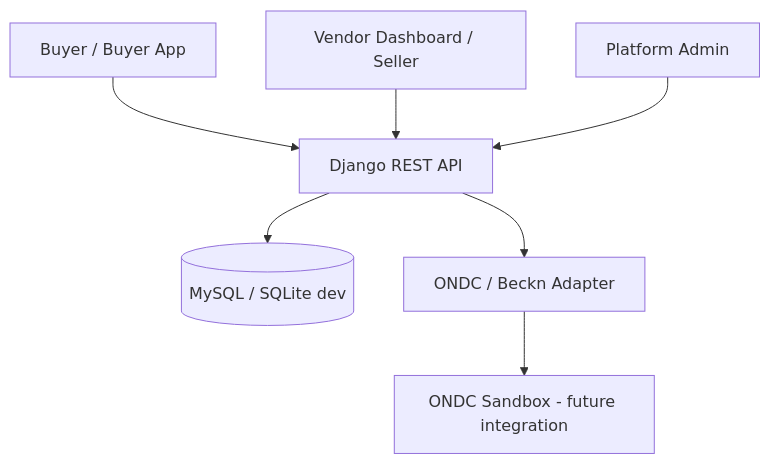
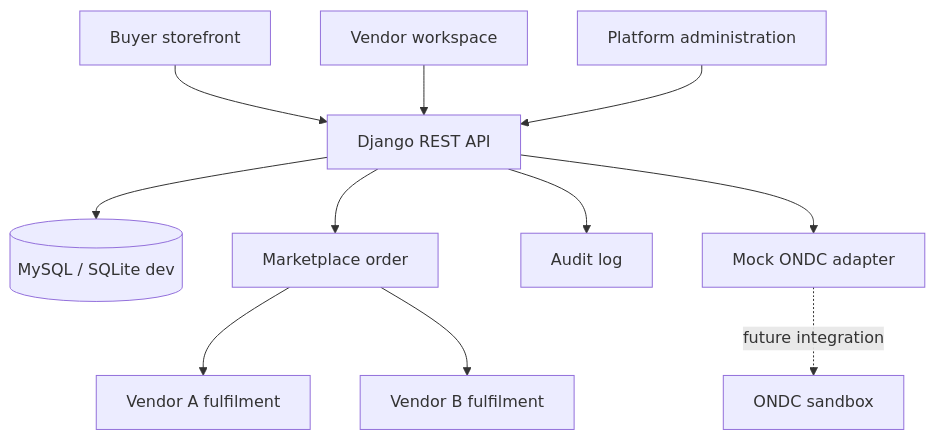
One commit to Mohammadiliyas/ondc-multivendor-platform changed the diagram in docs/architecture.md. Above: the diagram before and after it, drawn with Mermaid. The commit also changed other lines of this file, not shown here.

Commit message:
Document split vendor fulfillment architecture and security boundaries

````diff
--- a/docs/architecture.md
+++ b/docs/architecture.md
@@ -3,9 +5,13 @@
 ```mermaid
 flowchart TD
-  Buyer[Buyer / Buyer App] --> API[Django REST API]
-  Vendor[Vendor Dashboard / Seller] --> API
-  Admin[Platform Admin] --> API
-  API --> Store[(MySQL / SQLite dev)]
-  API --> Adapter[ONDC / Beckn Adapter]
-  Adapter --> Sandbox[ONDC Sandbox - future integration]
+  Buyer[Buyer storefront] --> API[Django REST API]
+  Vendor[Vendor workspace] --> API
+  Admin[Platform administration] --> API
+  API --> DB[(MySQL / SQLite dev)]
+  API --> Order[Marketplace order]
+  Order --> F1[Vendor A fulfilment]
+  Order --> F2[Vendor B fulfilment]
+  API --> Audit[Audit log]
+  API --> Adapter[Mock ONDC adapter]
+  Adapter -. future integration .-> Sandbox[ONDC sandbox]
 ```
````
